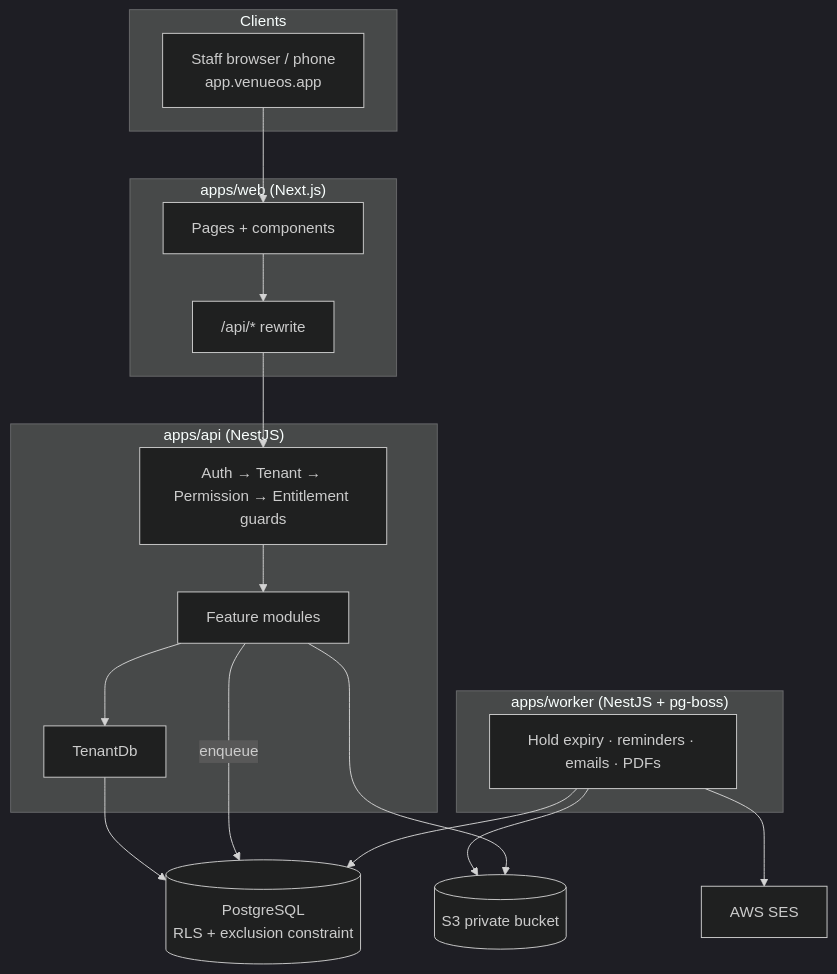
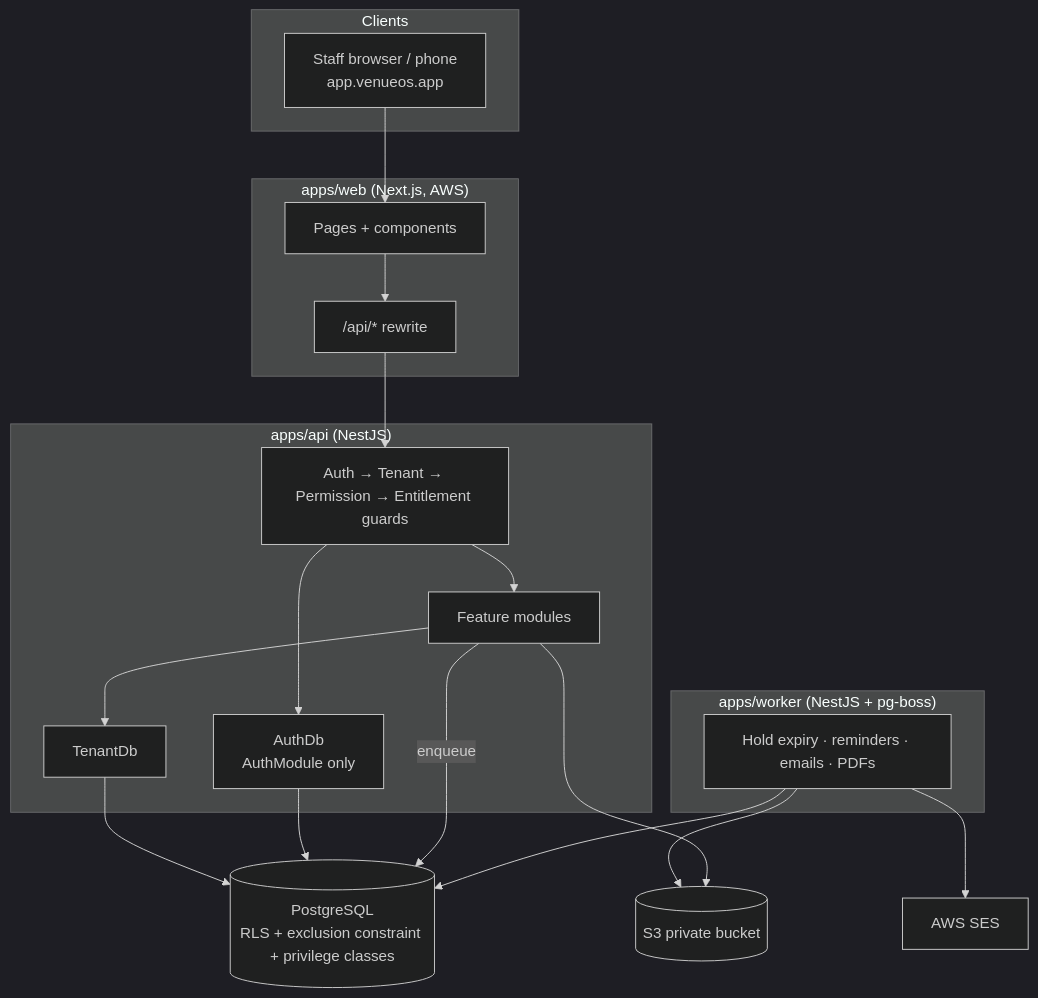
The diagram in docs/02-system-design.md (MuhammadMaaz2001/venueOS), drawn with Mermaid (dark theme) before and after one commit. The commit also changed other lines of this file and 27 other files, not shown here.

First line of the commit message:
feat(db): P0-0 schema, RLS and docs fixes after design review

````diff
--- a/docs/02-system-design.md
+++ b/docs/02-system-design.md
@@ -9,28 +9,30 @@
 ```mermaid
 flowchart TB
   subgraph Clients
     staff[Staff browser / phone<br/>app.venueos.app]
   end
-  subgraph Web["apps/web (Next.js)"]
+  subgraph Web["apps/web (Next.js, AWS)"]
     ui[Pages + components]
     proxy["/api/* rewrite"]
   end
   subgraph API["apps/api (NestJS)"]
     guards[Auth → Tenant → Permission → Entitlement guards]
     modules[Feature modules]
     tdb[TenantDb]
+    adb[AuthDb<br/>AuthModule only]
   end
   subgraph Worker["apps/worker (NestJS + pg-boss)"]
     jobs[Hold expiry · reminders · emails · PDFs]
   end
-  pg[(PostgreSQL<br/>RLS + exclusion constraint)]
+  pg[(PostgreSQL<br/>RLS + exclusion constraint + privilege classes)]
   s3[(S3 private bucket)]
   ses[AWS SES]
 
   staff --> ui --> proxy --> guards --> modules --> tdb --> pg
+  guards --> adb --> pg
   modules -- enqueue --> pg
   jobs --> pg
   jobs --> ses
   jobs --> s3
   modules --> s3
 ```
````
